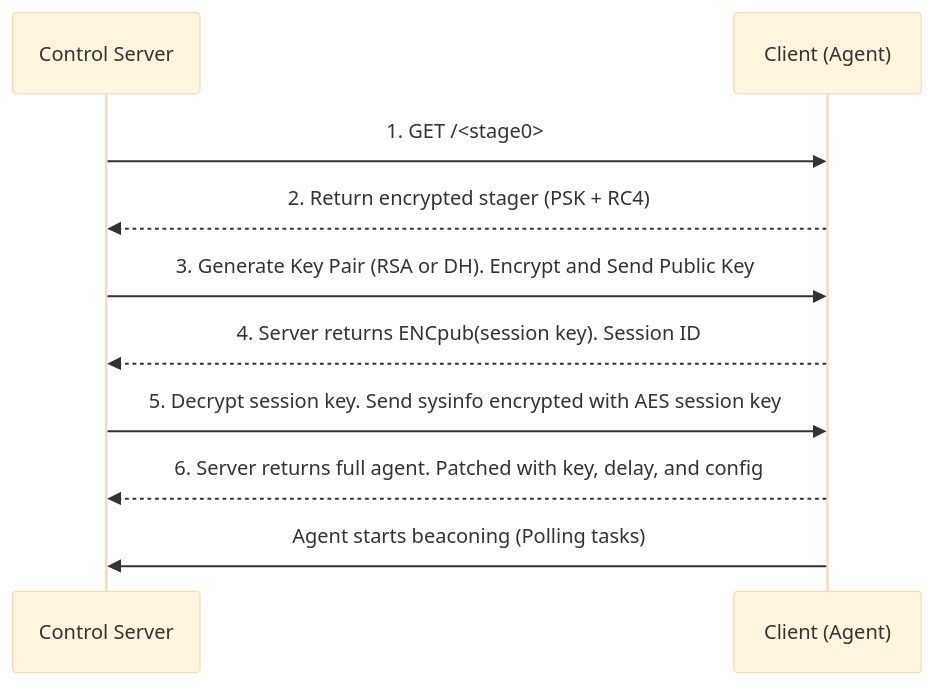
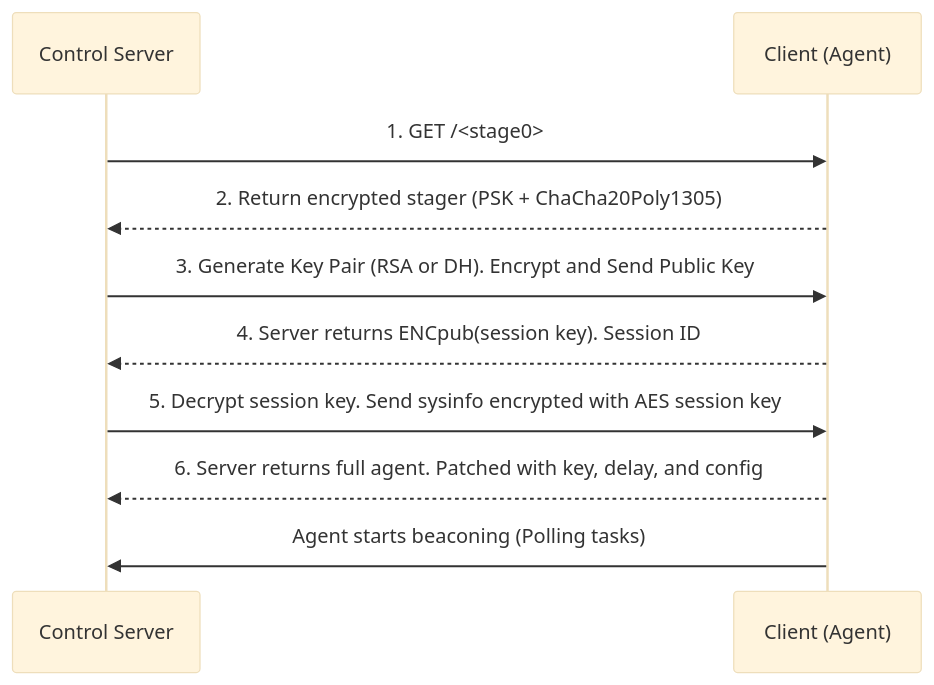
One commit to tigr0w/BC-SECURITY_Empire changed the diagram in docs/agents/staging.md. Above: the diagram before and after it, drawn with Mermaid (base theme). The commit also changed other lines of this file and 52 other files, not shown here.

````diff
--- a/docs/agents/staging.md
+++ b/docs/agents/staging.md
@@ -24,13 +24,13 @@
 ```mermaid
 sequenceDiagram
     participant ControlServer as Control Server
     participant Client as Client (Agent)
 
     ControlServer->>Client: 1. GET /<stage0>
-    Client-->>ControlServer: 2. Return encrypted stager (PSK + RC4)
+    Client-->>ControlServer: 2. Return encrypted stager (PSK + ChaCha20Poly1305)
     ControlServer->>Client: 3. Generate Key Pair (RSA or DH). Encrypt and Send Public Key
     Client-->>ControlServer: 4. Server returns ENCpub(session key). Session ID
     ControlServer->>Client: 5. Decrypt session key. Send sysinfo encrypted with AES session key
     Client-->>ControlServer: 6. Server returns full agent. Patched with key, delay, and config
     Client->>ControlServer: Agent starts beaconing (Polling tasks)
 ```
````
